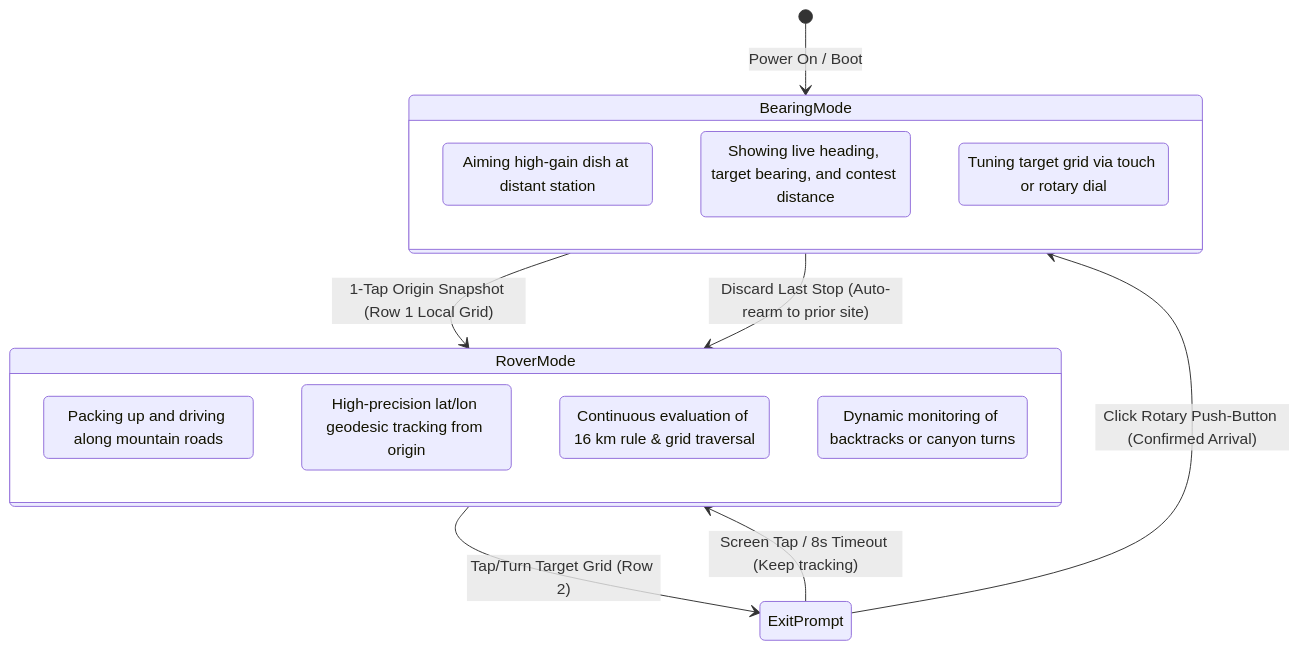
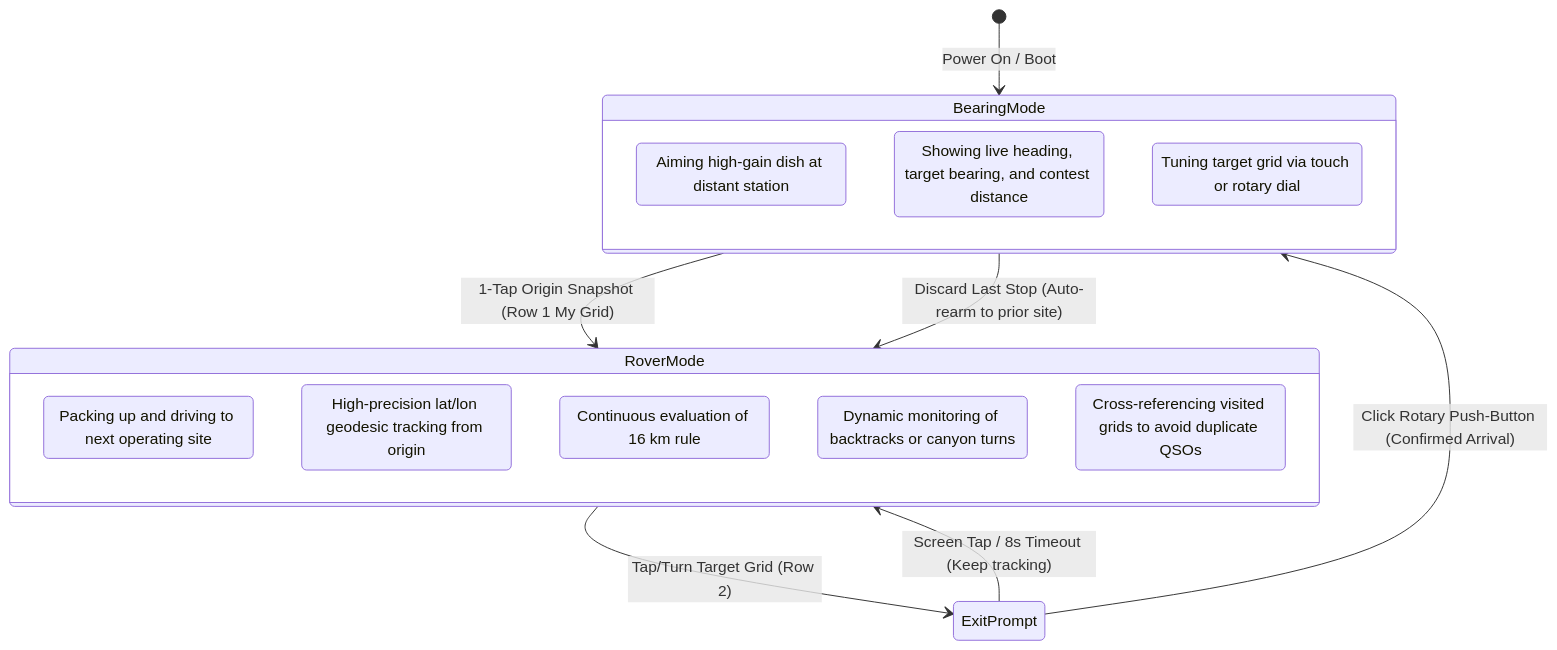
Before and after one commit to cwiskng-max/GNSS_compass: the diagram in docs/design/rover-transit/DESIGN.md, drawn with Mermaid. The commit also changed other lines of this file and 2 other files, not shown here.

First line of the commit message:
docs(design): refine rover mode states, 0.1km resolution, and embed visual previews

````diff
--- a/docs/design/rover-transit/DESIGN.md
+++ b/docs/design/rover-transit/DESIGN.md
@@ -15,25 +15,26 @@
 ```mermaid
 stateDiagram-v2
     [*] --> BearingMode : Power On / Boot
 
     state BearingMode {
         direction TB
         BM_Target : Aiming high-gain dish at distant station
         BM_Display : Showing live heading, target bearing, and contest distance
         BM_Edit : Tuning target grid via touch or rotary dial
     }
 
     state RoverMode {
         direction TB
-        RM_Tracking : Packing up and driving along mountain roads
+        RM_Tracking : Packing up and driving to next operating site
         RM_Distance : High-precision lat/lon geodesic tracking from origin
-        RM_Rules : Continuous evaluation of 16 km rule & grid traversal
+        RM_Rules : Continuous evaluation of 16 km rule
         RM_Backtrack : Dynamic monitoring of backtracks or canyon turns
+        RM_History : Cross-referencing visited grids to avoid duplicate QSOs
     }
 
-    BearingMode --> RoverMode : 1-Tap Origin Snapshot (Row 1 Local Grid)
+    BearingMode --> RoverMode : 1-Tap Origin Snapshot (Row 1 My Grid)
     RoverMode --> ExitPrompt : Tap/Turn Target Grid (Row 2)
     ExitPrompt --> BearingMode : Click Rotary Push-Button (Confirmed Arrival)
     ExitPrompt --> RoverMode : Screen Tap / 8s Timeout (Keep tracking)
     BearingMode --> RoverMode : Discard Last Stop (Auto-rearm to prior site)
 ```
````
